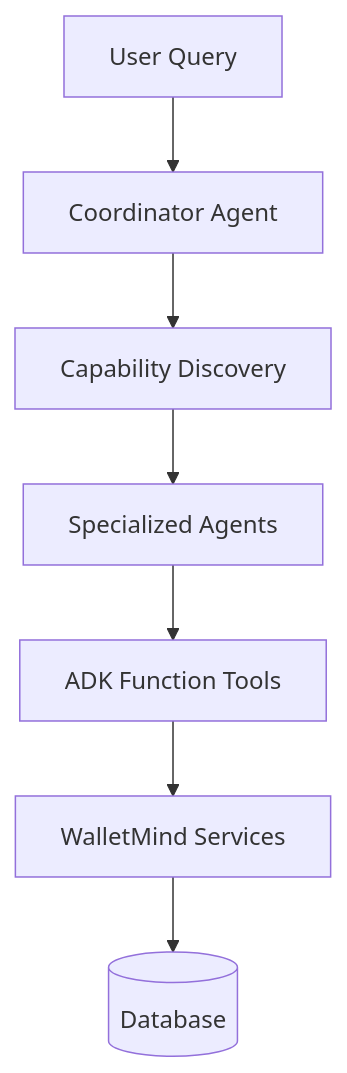
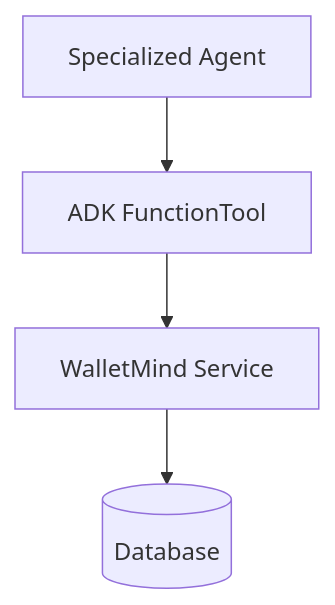
One commit to Abhinav-B-19/WalletMind changed the fifth of 8 diagrams in README.md. Above: the diagram before and after it, drawn with Mermaid. The commit also changed other lines of this file and 7 other files, not shown here.

Commit message:
Kaggle notebook foundation, competition writeup, architecture diagrams, and judge documentation

````diff
--- a/README.md
+++ b/README.md
@@ -123,9 +97,6 @@
 ```mermaid
 flowchart TD
-	U[User Query] --> C[Coordinator Agent]
-	C --> D[Capability Discovery]
-	D --> A[Specialized Agents]
-	A --> T[ADK Function Tools]
-	T --> S[WalletMind Services]
-	S --> DB[(Database)]
+    AGENT[Specialized Agent] --> FT[ADK FunctionTool]
+    FT --> SVC[WalletMind Service]
+    SVC --> DB[(Database)]
 ```
````
